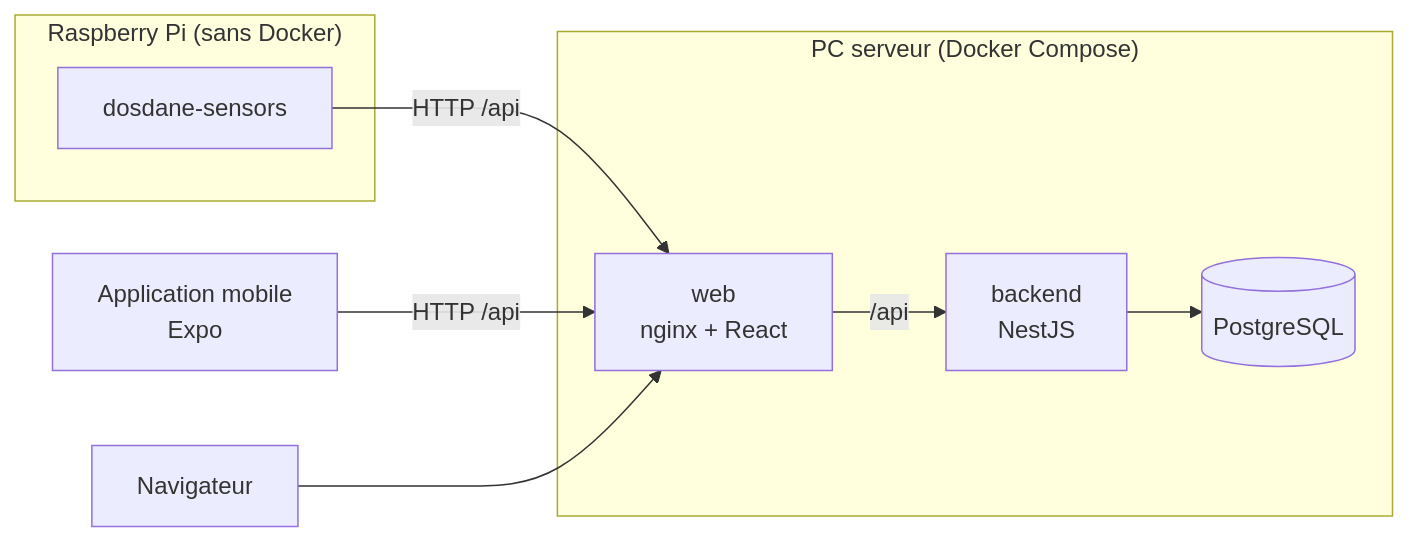
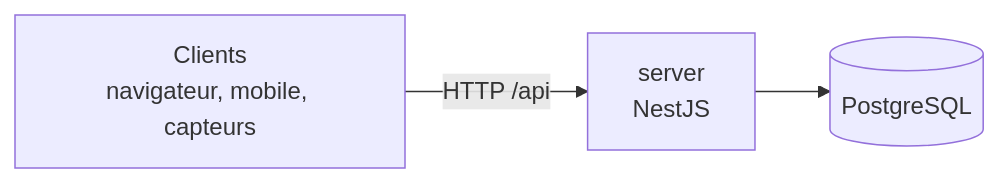
The diagram in docs/architecture.md (JUC0AG0G0/dos-d-ane), drawn with Mermaid before and after one commit. The commit also changed other lines of this file and 79 other files, not shown here.

First line of the commit message:
Ne garde que le serveur, à la racine dans server/

````diff
--- a/docs/architecture.md
+++ b/docs/architecture.md
@@ -5,13 +5,5 @@
 ```mermaid
 flowchart LR
-  subgraph RPi["Raspberry Pi (sans Docker)"]
-    P[dosdane-sensors]
-  end
-  subgraph Serveur["PC serveur (Docker Compose)"]
-    W[web<br/>nginx + React] -->|/api| B[backend<br/>NestJS]
-    B --> D[(PostgreSQL)]
-  end
-  P -->|HTTP /api| W
-  M[Application mobile<br/>Expo] -->|HTTP /api| W
-  U[Navigateur] --> W
+  C[Clients<br/>navigateur, mobile, capteurs] -->|HTTP /api| S[server<br/>NestJS]
+  S --> D[(PostgreSQL)]
 ```
````
